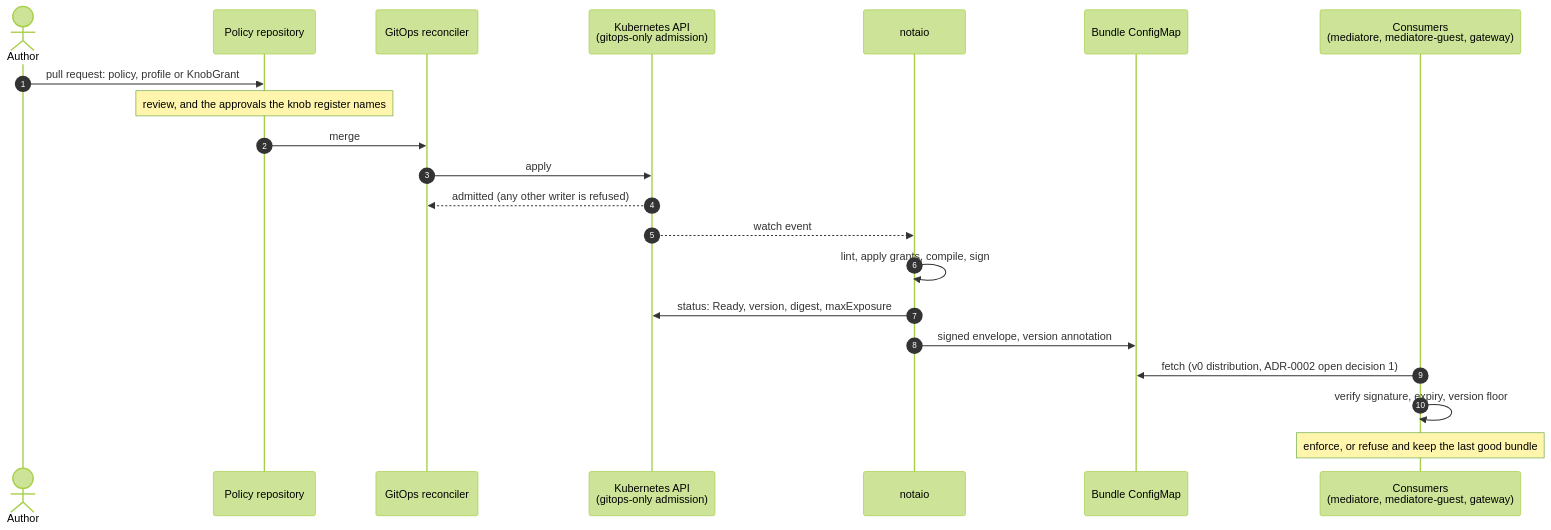
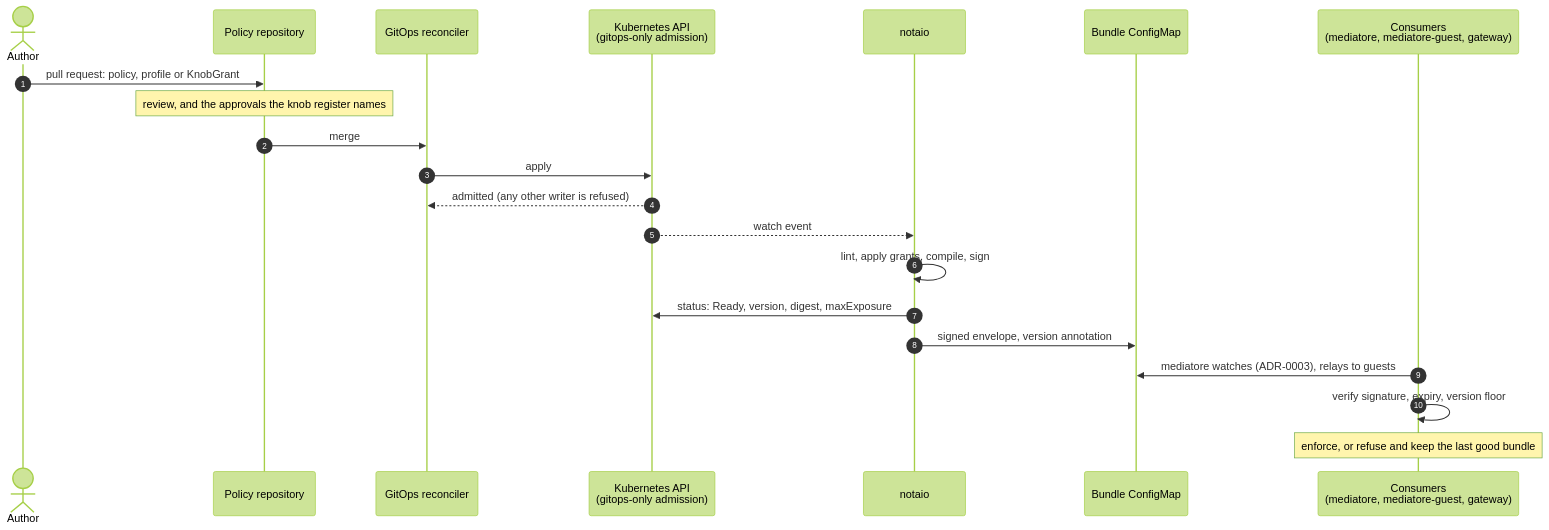
One commit to firestoned/notaio changed the second of 3 diagrams in docs/architecture.md. Above: the diagram before and after it, drawn with Mermaid (forest theme). The commit also changed other lines of this file and 15 other files, not shown here.

First line of the commit message:
ADR-0003/0004/0005: resolve ADR-0002 open decisions 1, 2 and 4 (#10)

````diff
--- a/docs/architecture.md
+++ b/docs/architecture.md
@@ -89,24 +89,24 @@
 ```mermaid
 sequenceDiagram
     autonumber
     actor Author
     participant Git as Policy repository
     participant GitOps as GitOps reconciler
     participant API as Kubernetes API<br/>(gitops-only admission)
     participant N as notaio
     participant CM as Bundle ConfigMap
     participant C as Consumers<br/>(mediatore, mediatore-guest, gateway)
 
     Author->>Git: pull request: policy, profile or KnobGrant
     Note over Git: review, and the approvals the knob register names
     Git->>GitOps: merge
     GitOps->>API: apply
     API-->>GitOps: admitted (any other writer is refused)
     API-->>N: watch event
     N->>N: lint, apply grants, compile, sign
     N->>API: status: Ready, version, digest, maxExposure
     N->>CM: signed envelope, version annotation
-    C->>CM: fetch (v0 distribution, ADR-0002 open decision 1)
+    C->>CM: mediatore watches (ADR-0003), relays to guests
     C->>C: verify signature, expiry, version floor
     Note over C: enforce, or refuse and keep the last good bundle
 ```
````
